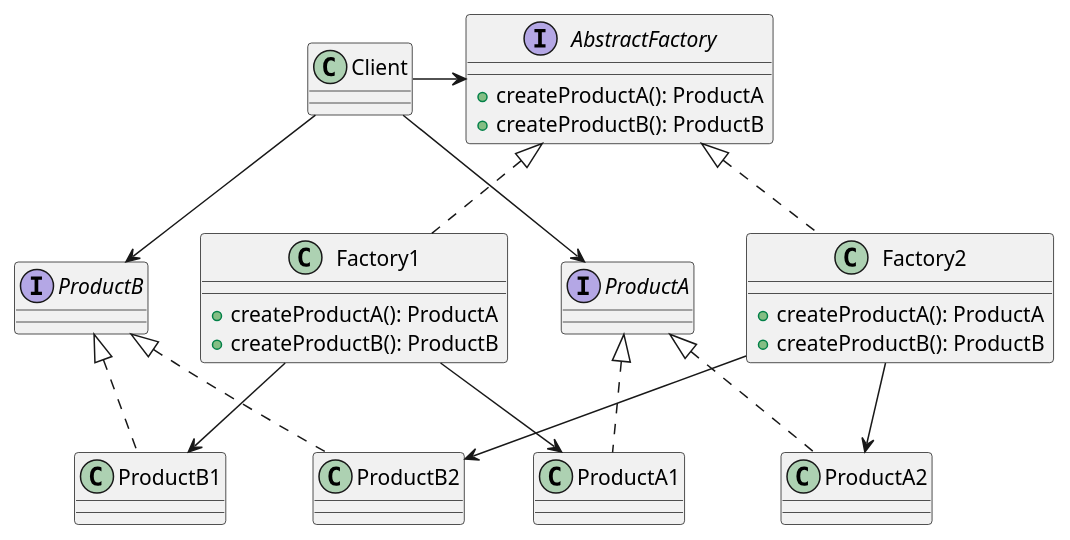
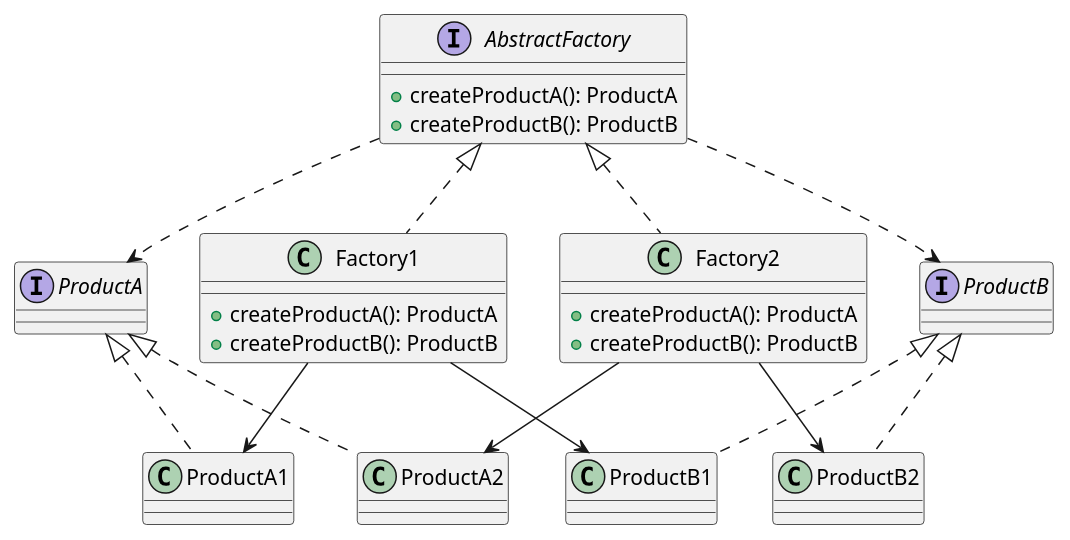
Before and after one commit to mengxianbin/cs-notes: the diagram in Design/Design Patterns/Creational Patterns/Abstract Factory.md, drawn with PlantUML. The commit also changed 11 other files, not shown here.

````diff
--- a/Design/Design Patterns/Creational Patterns/Abstract Factory.md
+++ b/Design/Design Patterns/Creational Patterns/Abstract Factory.md
@@ -1,65 +1,60 @@
 ```puml
 @startuml
 
 interface AbstractFactory {
     + createProductA(): ProductA
     + createProductB(): ProductB
 }
 
 class Factory1 {
     + createProductA(): ProductA
     + createProductB(): ProductB
 }
 
 class Factory2 {
     + createProductA(): ProductA
     + createProductB(): ProductB
 }
 
 interface ProductA {
 
 }
 
 interface ProductB {
 
 }
 
 class ProductA1 {
 
 }
 
 class ProductA2 {
     
 }
 
 class ProductB1 {
     
 }
 
 class ProductB1 {
     
 }
 
-class Client {
-
-}
-
-Client -> AbstractFactory
-Client --> ProductA
-Client --> ProductB
-
 ProductB <|.. ProductB1
 ProductB <|.. ProductB2
 ProductA <|.. ProductA1
 ProductA <|.. ProductA2
+
+AbstractFactory ..> ProductA
+AbstractFactory ..> ProductB
 
 AbstractFactory <|.. Factory1
 AbstractFactory <|.. Factory2
 
 Factory1 --> ProductA1
 Factory1 --> ProductB1
 Factory2 --> ProductA2
 Factory2 --> ProductB2
 
 @enduml
 ```
````
